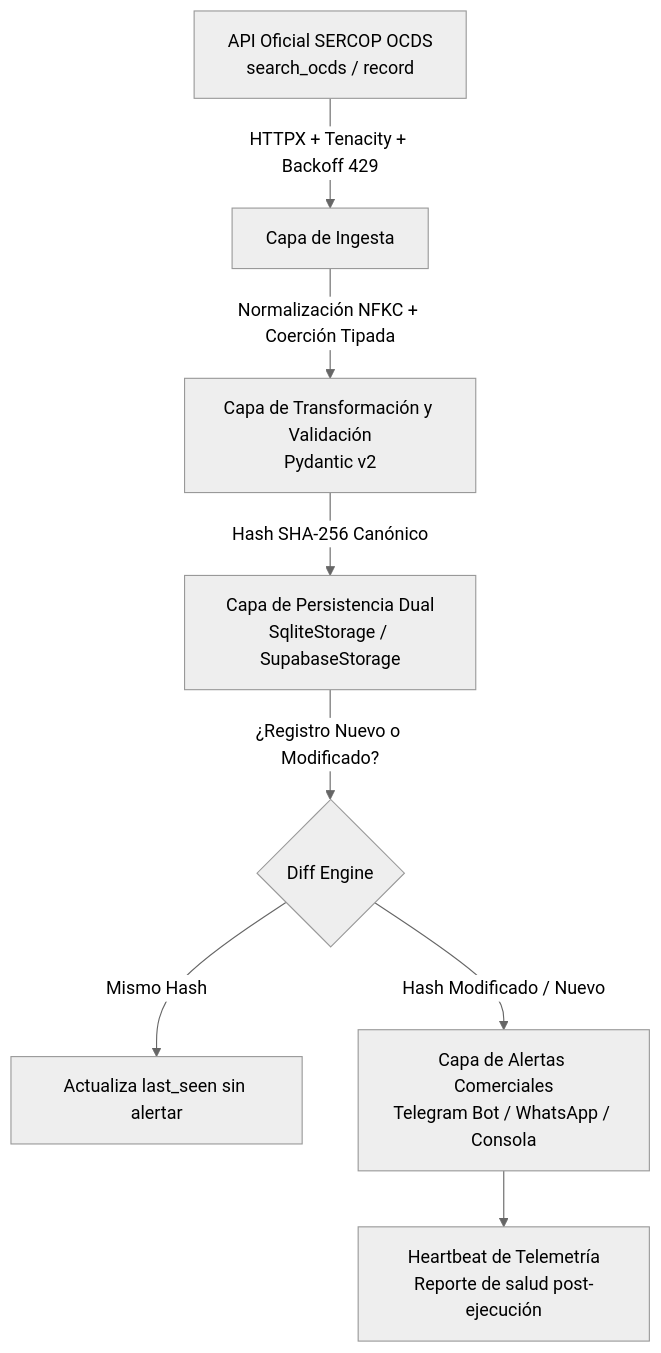
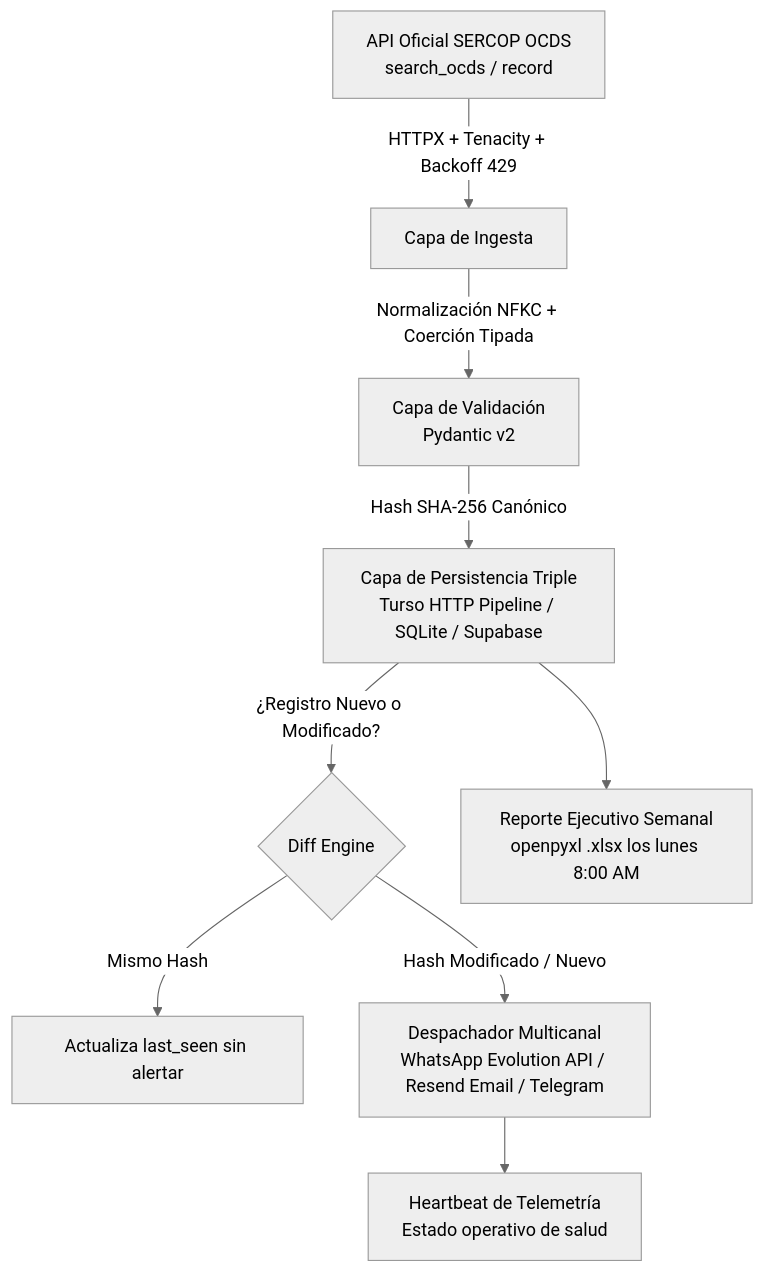
The diagram in README.md (joelsan12/SCRAPING), drawn with Mermaid (neutral theme) before and after one commit. The commit also changed other lines of this file and 7 other files, not shown here.

````diff
--- a/README.md
+++ b/README.md
@@ -9,10 +9,11 @@
 ```mermaid
 flowchart TD
     A[API Oficial SERCOP OCDS\nsearch_ocds / record] -->|HTTPX + Tenacity + Backoff 429| B[Capa de Ingesta]
-    B -->|Normalización NFKC + Coerción Tipada| C[Capa de Transformación y Validación\nPydantic v2]
-    C -->|Hash SHA-256 Canónico| D[Capa de Persistencia Dual\nSqliteStorage / SupabaseStorage]
+    B -->|Normalización NFKC + Coerción Tipada| C[Capa de Validación\nPydantic v2]
+    C -->|Hash SHA-256 Canónico| D[Capa de Persistencia Triple\nTurso HTTP Pipeline / SQLite / Supabase]
     D -->|¿Registro Nuevo o Modificado?| E{Diff Engine}
     E -->|Mismo Hash| F[Actualiza last_seen sin alertar]
-    E -->|Hash Modificado / Nuevo| G[Capa de Alertas Comerciales\nTelegram Bot / WhatsApp / Consola]
-    G --> H[Heartbeat de Telemetría\nReporte de salud post-ejecución]
+    E -->|Hash Modificado / Nuevo| G[Despachador Multicanal\nWhatsApp Evolution API / Resend Email / Telegram]
+    G --> H[Heartbeat de Telemetría\nEstado operativo de salud]
+    D --> I[Reporte Ejecutivo Semanal\nopenpyxl .xlsx los lunes 8:00 AM]
 ```
````
